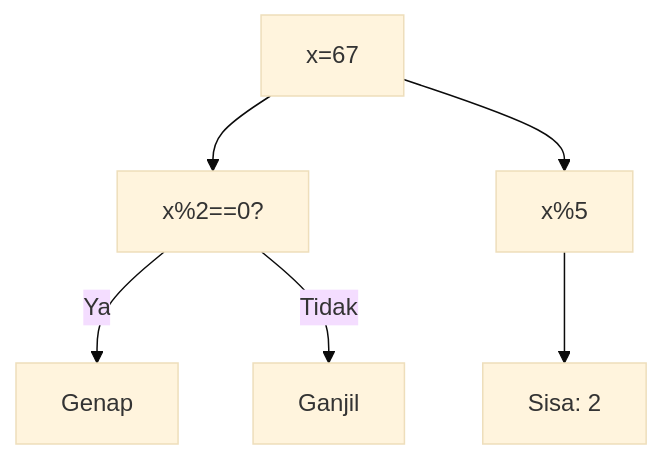
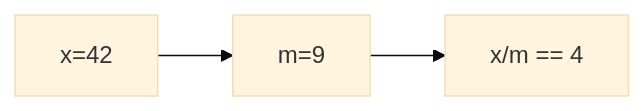
Before and after one commit to amnahwaida/OSNK_INF_PREP: diagram 15 of 25 in part-c-pemahaman-cpp/01-tipe-data/latihan/set-03.md, drawn with Mermaid (base theme). The commit also changed other lines of this file and 71 other files, not shown here.

````diff
--- a/part-c-pemahaman-cpp/01-tipe-data/latihan/set-03.md
+++ b/part-c-pemahaman-cpp/01-tipe-data/latihan/set-03.md
@@ -594,8 +404,5 @@
 ```mermaid
-graph TD
-A["x=67"] --> B["x%2==0?"]
-B -- Ya --> C["Genap"]
-B -- Tidak --> D["Ganjil"]
-A --> E["x%5"]
-E --> F["Sisa: 2"]
+graph LR
+A["x=42"] --> B["m=9"]
+B --> C["x/m == 4"]
 ```
````
